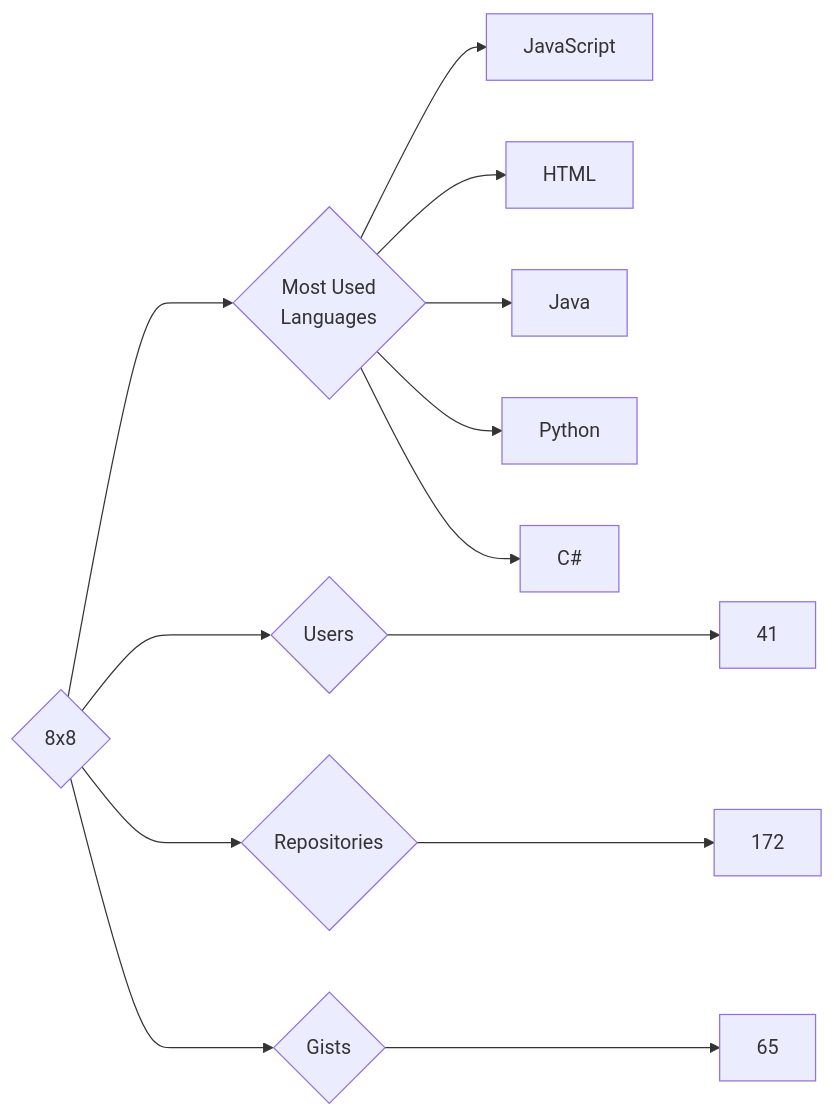
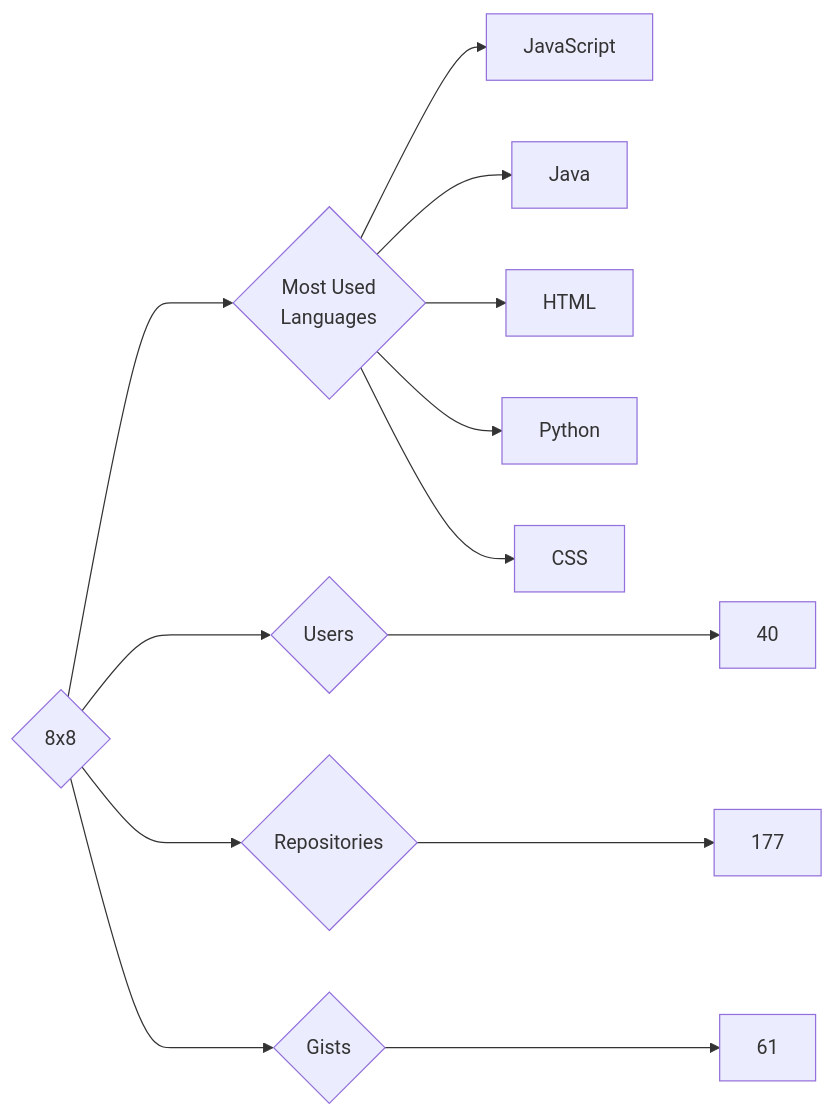
Before and after one commit to trickest/insiders: the diagram in targets/8x8/README.md, drawn with Mermaid. The commit also changed 679 other files, not shown here.

````diff
--- a/targets/8x8/README.md
+++ b/targets/8x8/README.md
@@ -3,13 +3,13 @@
 ```mermaid
 graph LR
 COMPANY_NAME{8x8}
-COMPANY_NAME ---> U{Users} ---> UN[41]
-COMPANY_NAME ---> R{Repositories} ---> RN[172]
-COMPANY_NAME ---> G{Gists} ---> GN[65]
+COMPANY_NAME ---> U{Users} ---> UN[40]
+COMPANY_NAME ---> R{Repositories} ---> RN[177]
+COMPANY_NAME ---> G{Gists} ---> GN[61]
 COMPANY_NAME ---> ML{Most Used<br>Languages}
 ML --> JavaScript[JavaScript]
+ML --> Java[Java]
 ML --> HTML[HTML]
-ML --> Java[Java]
 ML --> Python[Python]
-ML --> C#[C#]
+ML --> CSS[CSS]
 ```
````
